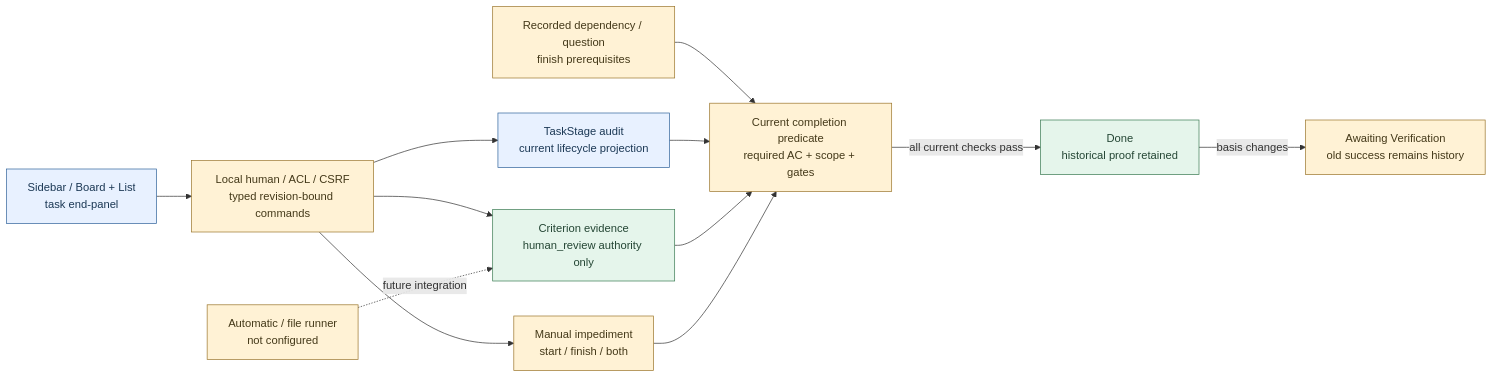
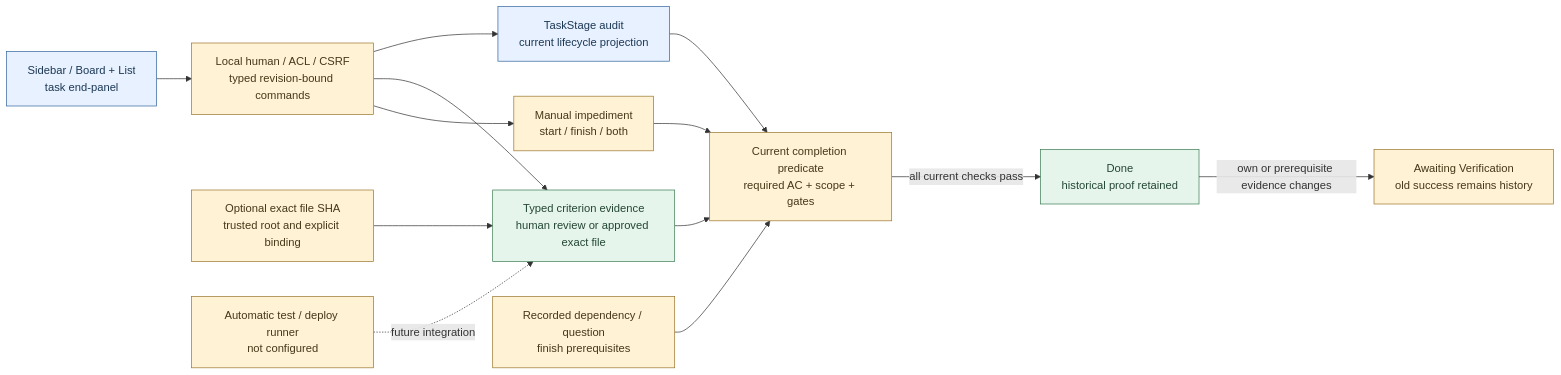
One commit to alphanAkbulut/decivora changed the diagram in docs/quality/workflow-ui-runtime.md. Above: the diagram before and after it, drawn with Mermaid. The commit also changed other lines of this file and 36 other files, not shown here.

Commit message:
Fix completion propagation and dispatch budget guards; verify all diagrams and UI in CI

````diff
--- a/docs/quality/workflow-ui-runtime.md
+++ b/docs/quality/workflow-ui-runtime.md
@@ -17,22 +17,23 @@
 ```mermaid
 flowchart LR
   accTitle: Current local task workflow and human evidence
-  accDescr: Local human commands create versioned audit; current evidence and finish gates govern Done. Automatic verification remains unconfigured.
+  accDescr: Local human commands create versioned audit; current evidence and finish gates govern Done. Approved exact-file observation is optional; arbitrary test execution remains unconfigured.
   UI["Sidebar / Board + List<br/>task end-panel"] --> G["Local human / ACL / CSRF<br/>typed revision-bound commands"]
   G --> W["TaskStage audit<br/>current lifecycle projection"]
-  G --> E["Criterion evidence<br/>human_review authority only"]
+  G --> E["Typed criterion evidence<br/>human review or approved exact file"]
   G --> B["Manual impediment<br/>start / finish / both"]
   R["Recorded dependency / question<br/>finish prerequisites"] --> P
   W --> P["Current completion predicate<br/>required AC + scope + gates"]
   E --> P
   B --> P
   P -->|all current checks pass| D["Done<br/>historical proof retained"]
-  D -->|basis changes| S["Awaiting Verification<br/>old success remains history"]
-  A["Automatic / file runner<br/>not configured"] -. future integration .-> E
+  D -->|own or prerequisite evidence changes| S["Awaiting Verification<br/>old success remains history"]
+  F["Optional exact file SHA<br/>trusted root and explicit binding"] --> E
+  A["Automatic test / deploy runner<br/>not configured"] -. future integration .-> E
   classDef view fill:#e8f1ff,stroke:#31649b,color:#1b3855;
   classDef guard fill:#fff2d5,stroke:#9b762c,color:#443919;
   classDef stored fill:#e5f5eb,stroke:#3b7b53,color:#244634;
   class UI,W view;
-  class G,B,R,P,S,A guard;
+  class G,B,R,P,S,A,F guard;
   class E,D stored;
 ```
````
